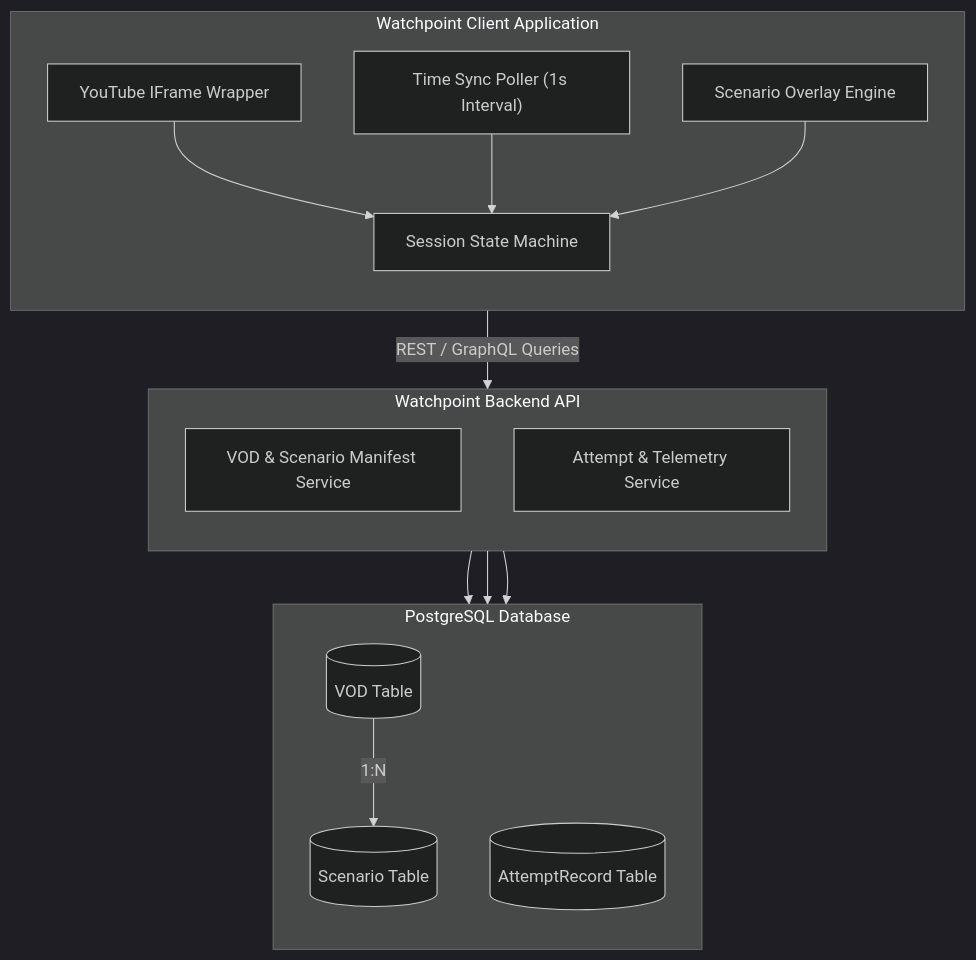
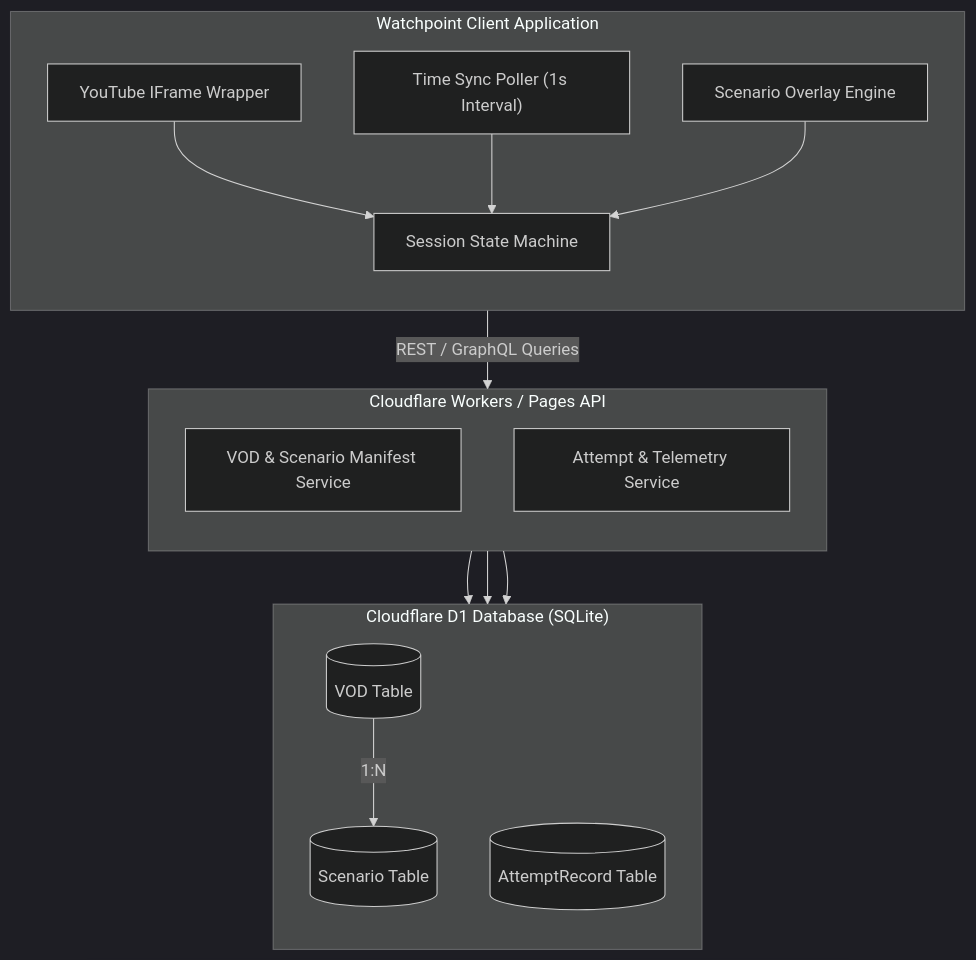
The first of 4 diagrams in docs/architecture/system-architecture.md (jackmaders/watchpoint), drawn with Mermaid (dark theme) before and after one commit. The commit also changed 10 other files, not shown here.

Commit message:
refactor: migrate database from PostgreSQL to Cloudflare D1 with SQLite provider

````diff
--- a/docs/architecture/system-architecture.md
+++ b/docs/architecture/system-architecture.md
@@ -23,33 +23,33 @@
 ```mermaid
 flowchart TB
     subgraph Client ["Watchpoint Client Application"]
         direction TB
         YT["YouTube IFrame Wrapper"]
         SyncPoller["Time Sync Poller (1s Interval)"]
         OverlayEngine["Scenario Overlay Engine"]
         StateMachine["Session State Machine"]
         
         YT --> StateMachine
         SyncPoller --> StateMachine
         OverlayEngine --> StateMachine
     end
 
-    subgraph Backend ["Watchpoint Backend API"]
+    subgraph Backend ["Cloudflare Workers / Pages API"]
         direction TB
         ManifestService["VOD & Scenario Manifest Service"]
         TelemetryService["Attempt & Telemetry Service"]
     end
 
-    subgraph Database ["PostgreSQL Database"]
+    subgraph Database ["Cloudflare D1 Database (SQLite)"]
         direction TB
         VODTable[("VOD Table")]
         ScenarioTable[("Scenario Table")]
         AttemptTable[("AttemptRecord Table")]
     end
 
     Client -- REST / GraphQL Queries --> Backend
     ManifestService --> VODTable
     ManifestService --> ScenarioTable
     TelemetryService --> AttemptTable
     VODTable -- "1:N" --> ScenarioTable
 ```
````
